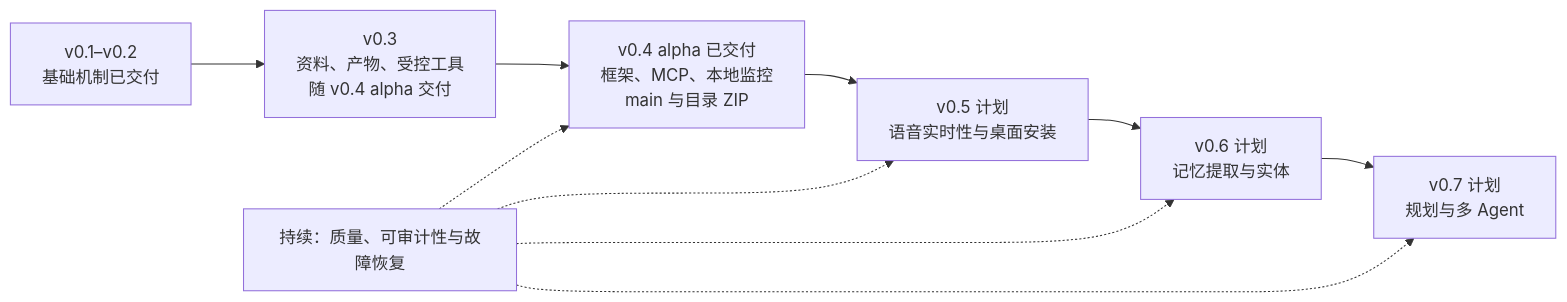
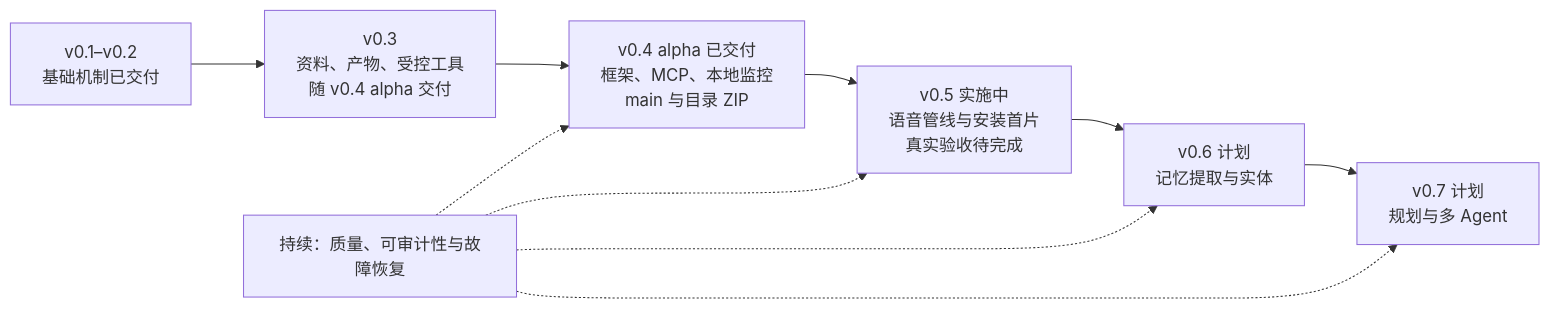
Before and after one commit to MuzeAnisichael/GreatSage: the diagram in docs/roadmap.md, drawn with Mermaid. The commit also changed other lines of this file and 12 other files, not shown here.

````diff
--- a/docs/roadmap.md
+++ b/docs/roadmap.md
@@ -16,12 +17,12 @@
 ```mermaid
 flowchart LR
     A["v0.1–v0.2<br/>基础机制已交付"] --> B["v0.3<br/>资料、产物、受控工具<br/>随 v0.4 alpha 交付"]
     B --> C["v0.4 alpha 已交付<br/>框架、MCP、本地监控<br/>main 与目录 ZIP"]
-    C --> D["v0.5 计划<br/>语音实时性与桌面安装"]
+    C --> D["v0.5 实施中<br/>语音管线与安装首片<br/>真实验收待完成"]
     D --> E["v0.6 计划<br/>记忆提取与实体"]
     E --> F["v0.7 计划<br/>规划与多 Agent"]
     R["持续：质量、可审计性与故障恢复"] -.-> C
     R -.-> D
     R -.-> E
     R -.-> F
 ```
````
